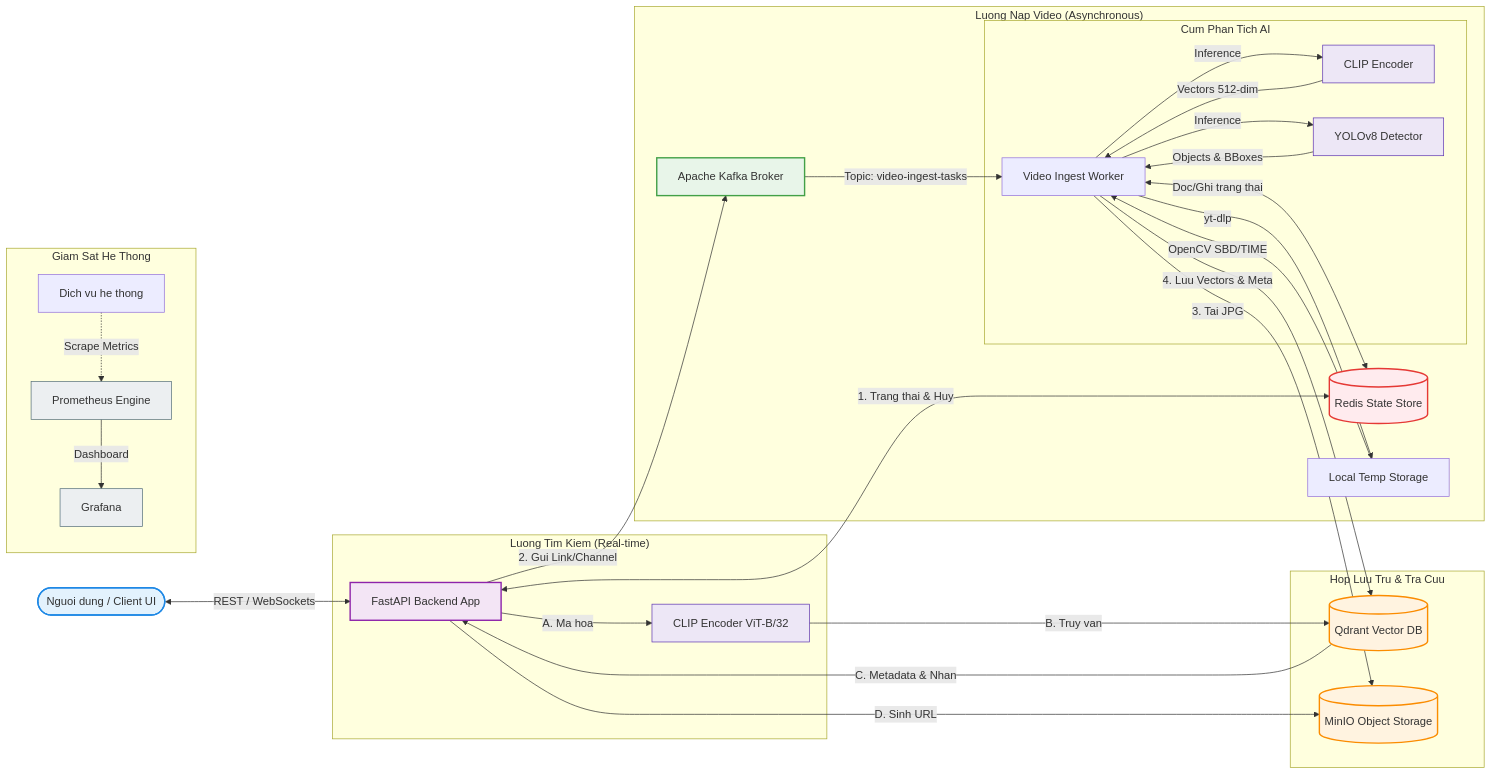
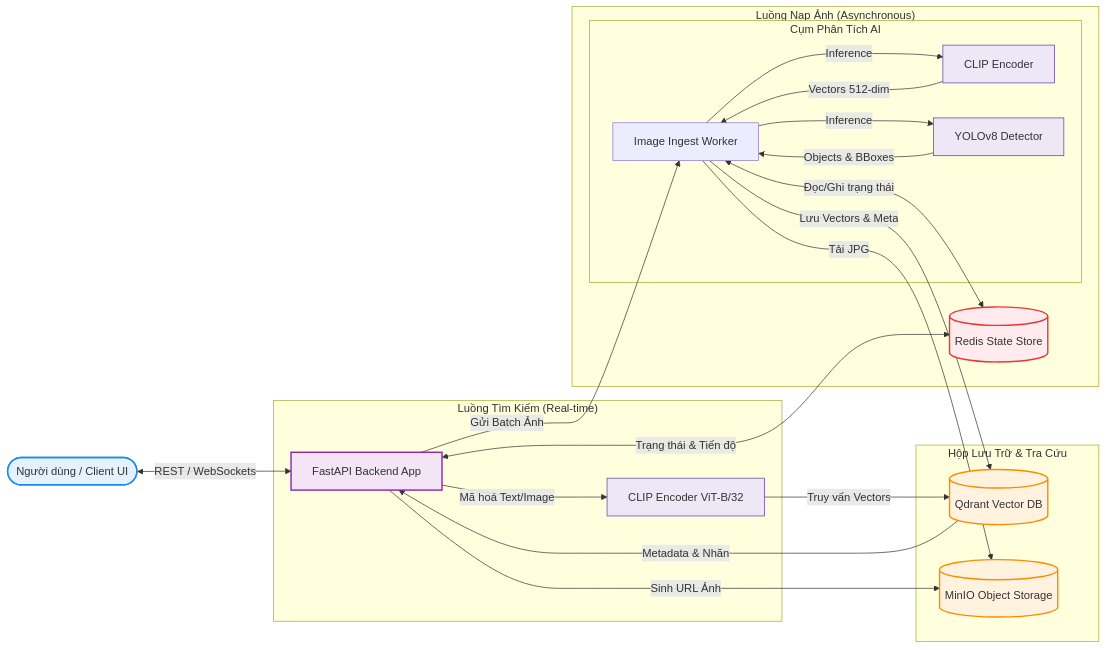
Before and after one commit to DuyLuanVo/KIS-AAI-DM-Master: the diagram in README.md, drawn with Mermaid. The commit also changed other lines of this file, not shown here.

Commit message:
docs: update README.md for KIS Architect pivot

````diff
--- a/README.md
+++ b/README.md
@@ -13,65 +13,53 @@
 ```mermaid
 graph LR
     %% Clients and API Gateway
-    User([Nguoi dung / Client UI]) <-->|REST / WebSockets| FastAPI_App[FastAPI Backend App]
+    User([Người dùng / Client UI]) <-->|REST / WebSockets| FastAPI_App[FastAPI Backend App]
     
     %% Cache & State
-    FastAPI_App <-->|1. Trang thai & Huy| Redis[(Redis State Store)]
+    FastAPI_App <-->|Trạng thái & Tiến độ| Redis[(Redis State Store)]
     
-    %% --- SEPARATE SUBGRAPHS FOR CLEANER LAYOUT ---
-    
-    subgraph Storage_Layer ["Hop Luu Tru & Tra Cuu"]
+    %% Storage Layer
+    subgraph Storage_Layer ["Hộp Lưu Trữ & Tra Cứu"]
         Qdrant[(Qdrant Vector DB)]
         MinIO[(MinIO Object Storage)]
     end
 
-    subgraph Search_Engine ["Luong Tim Kiem (Real-time)"]
-        FastAPI_App -->|A. Ma hoa| CLIP_Query[CLIP Encoder ViT-B/32]
-        CLIP_Query -->|B. Truy van| Qdrant
-        Qdrant -->|C. Metadata & Nhan| FastAPI_App
-        FastAPI_App -->|D. Sinh URL| MinIO
+    %% Search Engine
+    subgraph Search_Engine ["Luồng Tìm Kiếm (Real-time)"]
+        FastAPI_App -->|Mã hoá Text/Image| CLIP_Query[CLIP Encoder ViT-B/32]
+        CLIP_Query -->|Truy vấn Vectors| Qdrant
+        Qdrant -->|Metadata & Nhãn| FastAPI_App
+        FastAPI_App -->|Sinh URL Ảnh| MinIO
     end
     
-    subgraph Ingest_Pipeline ["Luong Nap Video (Asynchronous)"]
-        FastAPI_App -->|2. Gui Link/Channel| Kafka[Apache Kafka Broker]
-        Kafka -->|Topic: video-ingest-tasks| IngestWorker[Video Ingest Worker]
+    %% Ingest Pipeline
+    subgraph Ingest_Pipeline ["Luồng Nạp Ảnh (Asynchronous)"]
+        FastAPI_App -->|Gửi Batch Ảnh| IngestWorker[Image Ingest Worker]
         
-        IngestWorker <-->|Doc/Ghi trang thai| Redis
-        IngestWorker -->|yt-dlp| TempStorage[Local Temp Storage]
-        TempStorage -->|OpenCV SBD/TIME| IngestWorker
+        IngestWorker <-->|Đọc/Ghi trạng thái| Redis
         
-        %% Model Inference Inference Sub-cluster
-        subgraph AI_Inference ["Cum Phan Tich AI"]
+        subgraph AI_Inference ["Cụm Phân Tích AI"]
             IngestWorker -->|Inference| CLIP_Embedder[CLIP Encoder]
             IngestWorker -->|Inference| YOLO_Detector[YOLOv8 Detector]
         end
         
         CLIP_Embedder -->|Vectors 512-dim| IngestWorker
         YOLO_Detector -->|Objects & BBoxes| IngestWorker
         
-        IngestWorker -->|3. Tai JPG| MinIO
-        IngestWorker -->|4. Luu Vectors & Meta| Qdrant
-    end
-
-    subgraph Monitoring_Suite ["Giam Sat He Thong"]
-        Metrics_Source[Dich vu he thong] -.->|Scrape Metrics| Prometheus[Prometheus Engine]
-        Prometheus -->|Dashboard| Grafana[Grafana]
+        IngestWorker -->|Tải JPG| MinIO
+        IngestWorker -->|Lưu Vectors & Meta| Qdrant
     end
 
     %% --- STYLING (Modern & Clean Color Palette) ---
     classDef client fill:#E3F2FD,stroke:#1E88E5,stroke-width:2px;
     classDef gateway fill:#F3E5F5,stroke:#8E24AA,stroke-width:2px;
     classDef cache fill:#FFEBEE,stroke:#E53935,stroke-width:2px;
-    classDef queue fill:#E8F5E9,stroke:#43A047,stroke-width:2px;
     classDef storage fill:#FFF3E0,stroke:#FB8C00,stroke-width:2px;
     classDef ai fill:#EDE7F6,stroke:#5E35B1,stroke-width:1px;
-    classDef monitor fill:#ECEFF1,stroke:#546E7A,stroke-width:1px;
 
     class User client;
     class FastAPI_App gateway;
     class Redis cache;
-    class Kafka queue;
     class Qdrant,MinIO storage;
     class CLIP_Query,CLIP_Embedder,YOLO_Detector ai;
-    class Prometheus,Grafana monitor;
 ```
````
